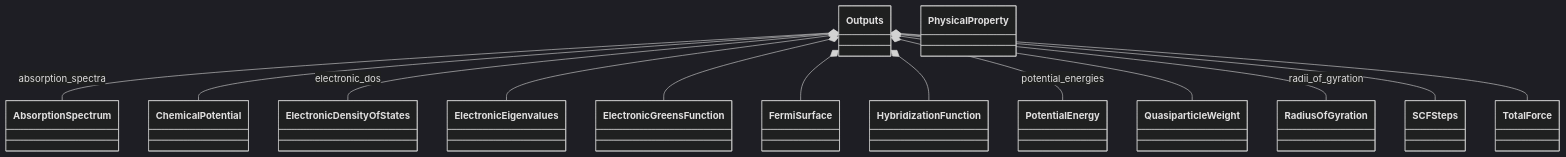
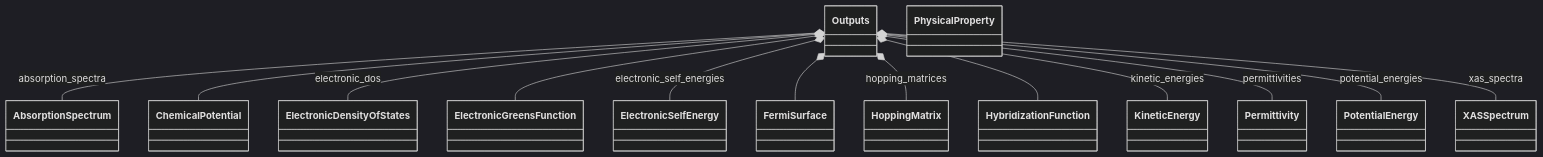
One commit to FAIRmat-NFDI/nomad-simulations changed the second of 2 diagrams in docs/schema/outputs.diagram.md. Above: the diagram before and after it, drawn with Mermaid (dark theme).

````diff
--- a/docs/schema/outputs.diagram.md
+++ b/docs/schema/outputs.diagram.md
@@ -68,43 +68,43 @@
 ```mermaid
 classDiagram
     class AbsorptionSpectrum {
     }
     class ChemicalPotential {
     }
     class ElectronicDensityOfStates {
     }
-    class ElectronicEigenvalues {
+    class ElectronicGreensFunction {
     }
-    class ElectronicGreensFunction {
+    class ElectronicSelfEnergy {
     }
     class FermiSurface {
     }
+    class HoppingMatrix {
+    }
     class HybridizationFunction {
     }
+    class KineticEnergy {
+    }
     class Outputs {
+    }
+    class Permittivity {
     }
     class PhysicalProperty {
     }
     class PotentialEnergy {
     }
-    class QuasiparticleWeight {
-    }
-    class RadiusOfGyration {
-    }
-    class SCFSteps {
-    }
-    class TotalForce {
+    class XASSpectrum {
     }
     Outputs *-- AbsorptionSpectrum : absorption_spectra
     Outputs *-- ChemicalPotential
     Outputs *-- ElectronicDensityOfStates : electronic_dos
-    Outputs *-- ElectronicEigenvalues
     Outputs *-- ElectronicGreensFunction
+    Outputs *-- ElectronicSelfEnergy : electronic_self_energies
     Outputs *-- FermiSurface
+    Outputs *-- HoppingMatrix : hopping_matrices
     Outputs *-- HybridizationFunction
+    Outputs *-- KineticEnergy : kinetic_energies
+    Outputs *-- Permittivity : permittivities
     Outputs *-- PotentialEnergy : potential_energies
-    Outputs *-- QuasiparticleWeight
-    Outputs *-- RadiusOfGyration : radii_of_gyration
-    Outputs *-- SCFSteps
-    Outputs *-- TotalForce
+    Outputs *-- XASSpectrum : xas_spectra
 ```
````
